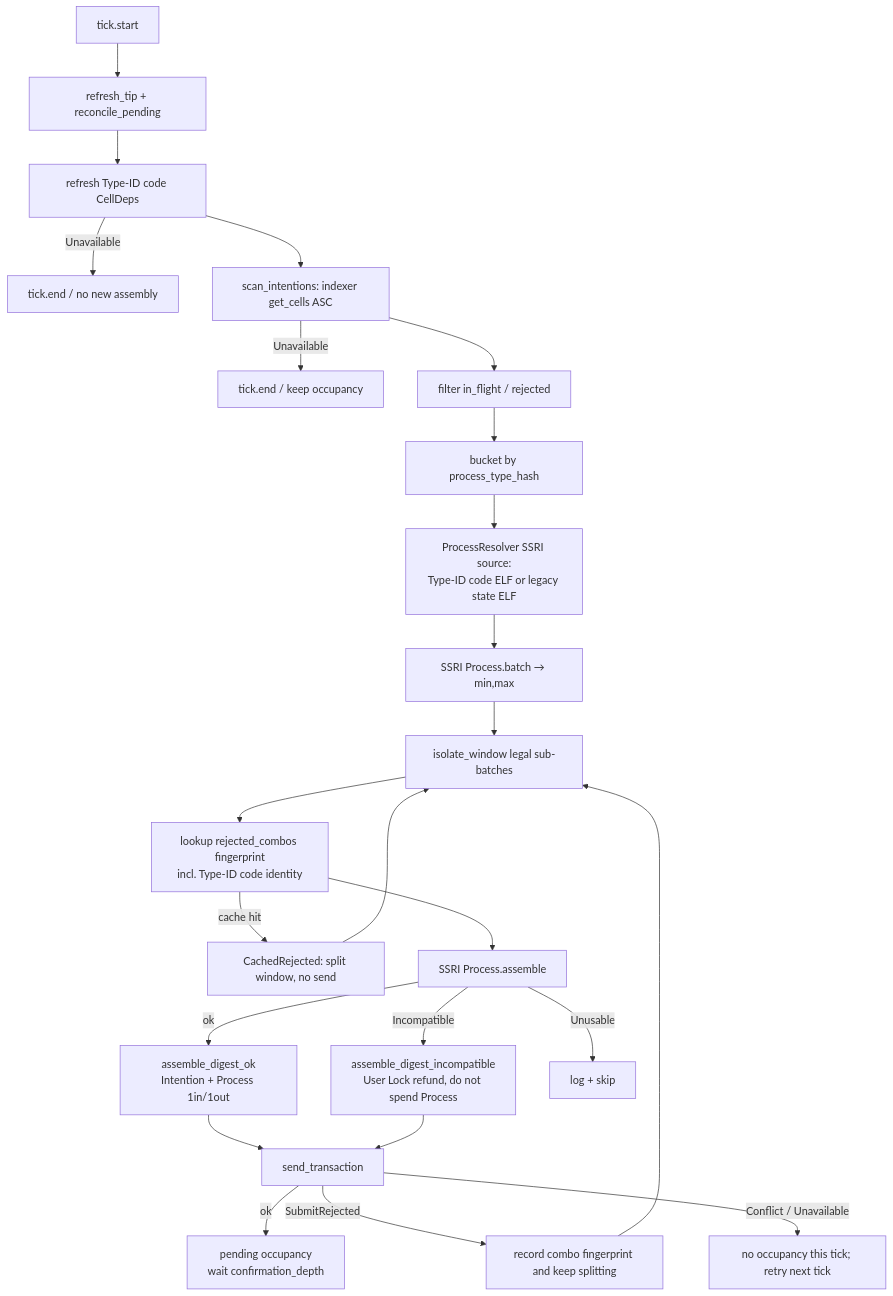
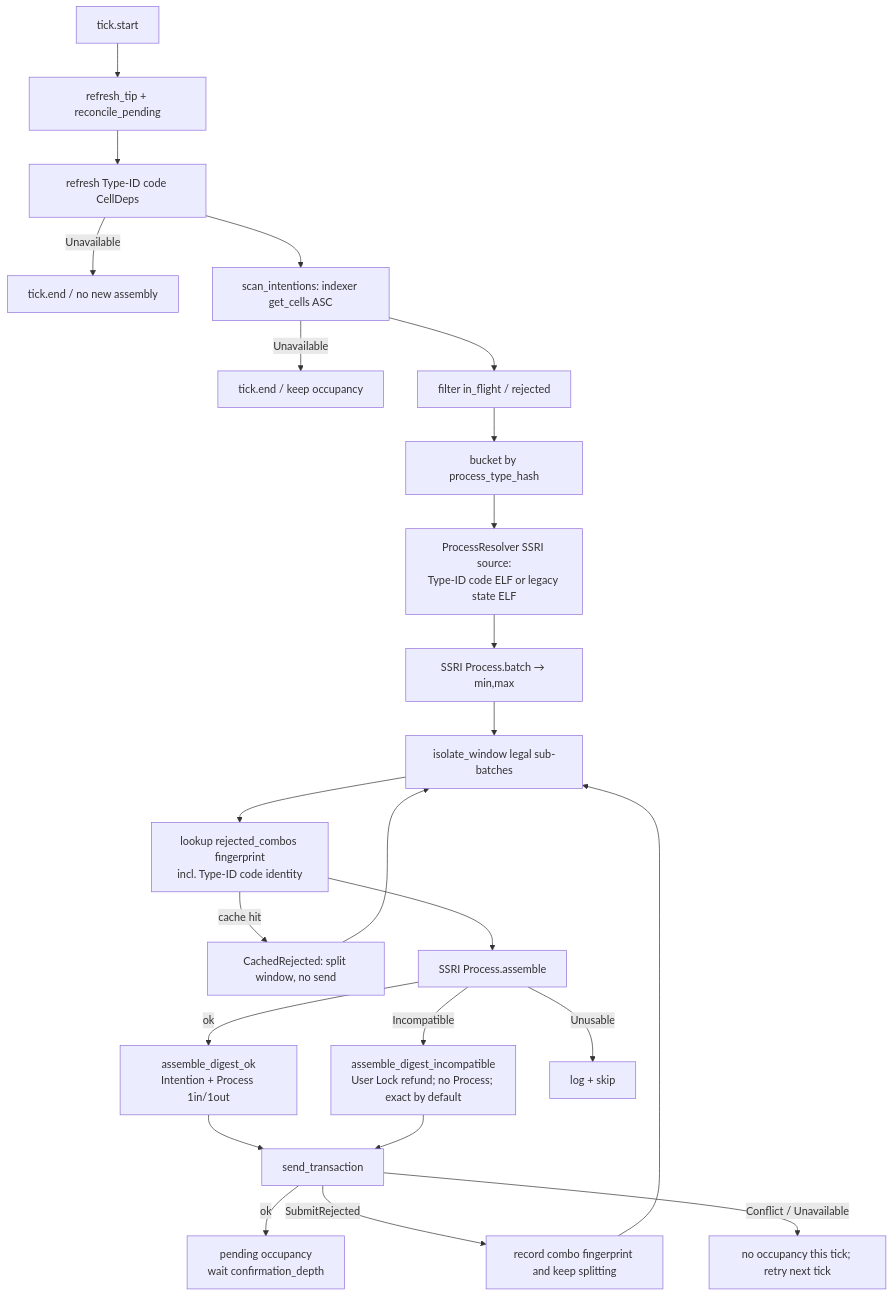
One commit to ashuralyk/ckb-cid-backend-server changed the diagram in README.md. Above: the diagram before and after it, drawn with Mermaid. The commit also changed other lines of this file and 23 other files, not shown here.

First line of the commit message:
feat: gated bounded refund fee assembly (legacy default)

````diff
--- a/README.md
+++ b/README.md
@@ -201,26 +204,26 @@
 ```mermaid
 flowchart TD
   start["tick.start"] --> tip["refresh_tip + reconcile_pending"]
   tip --> deps["refresh Type-ID code CellDeps"]
   deps -->|Unavailable| endEarly["tick.end / no new assembly"]
   deps --> scan["scan_intentions: indexer get_cells ASC"]
   scan -->|Unavailable| endScan["tick.end / keep occupancy"]
   scan --> filter["filter in_flight / rejected"]
   filter --> bucket["bucket by process_type_hash"]
   bucket --> resolve["ProcessResolver SSRI source:<br/>Type-ID code ELF or legacy state ELF"]
   resolve --> bounds["SSRI Process.batch → min,max"]
   bounds --> isolate["isolate_window legal sub-batches"]
   isolate --> peek["lookup rejected_combos fingerprint<br/>incl. Type-ID code identity"]
   peek -->|cache hit| split["CachedRejected: split window, no send"]
   peek --> assemble["SSRI Process.assemble"]
   assemble -->|ok| dok["assemble_digest_ok<br/>Intention + Process 1in/1out"]
-  assemble -->|Incompatible| dinc["assemble_digest_incompatible<br/>User Lock refund, do not spend Process"]
+  assemble -->|Incompatible| dinc["assemble_digest_incompatible<br/>User Lock refund; no Process; exact by default"]
   assemble -->|Unusable| skip["log + skip"]
   dok --> send["send_transaction"]
   dinc --> send
   send -->|ok| pending["pending occupancy<br/>wait confirmation_depth"]
   send -->|SubmitRejected| combo["record combo fingerprint and keep splitting"]
   send -->|Conflict / Unavailable| retry["no occupancy this tick; retry next tick"]
   split --> isolate
   combo --> isolate
 ```
````
